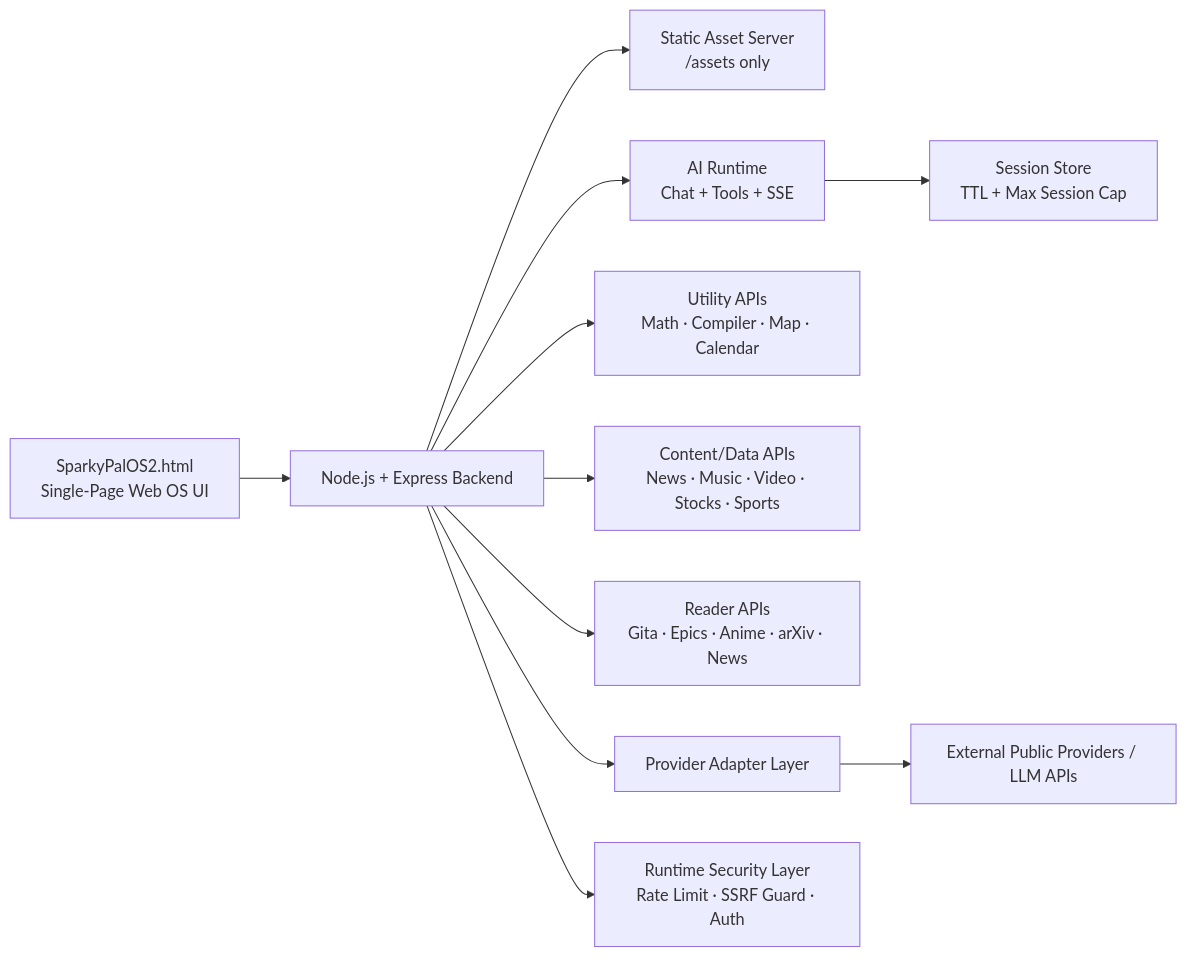
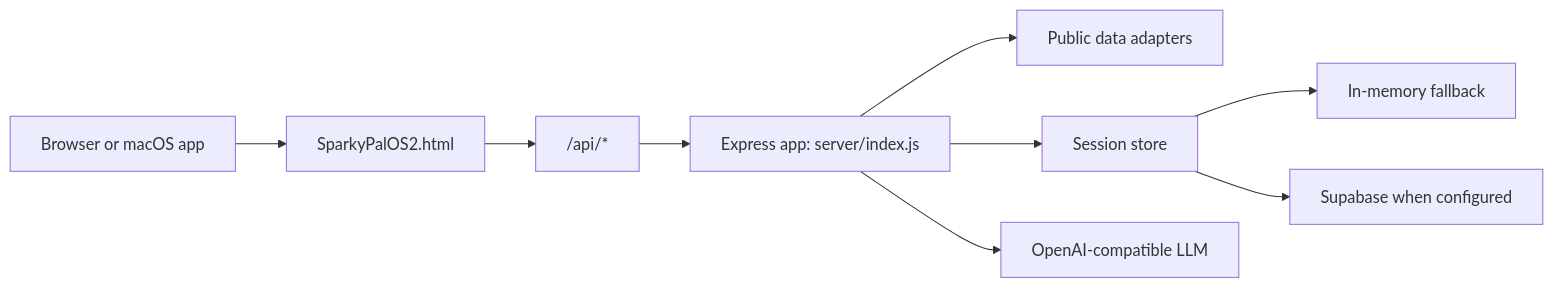
One commit to ShivanshSGuppta/SparkyPalOS changed the diagram in README.md. Above: the diagram before and after it, drawn with Mermaid. The commit also changed other lines of this file and 32 other files, not shown here.

Commit message:
Release SparkyPalOS launcher build

````diff
--- a/README.md
+++ b/README.md
@@ -172,16 +37,11 @@
 ```mermaid
 flowchart LR
-    UI["SparkyPalOS2.html<br/>Single-Page Web OS UI"] --> API["Node.js + Express Backend"]
-
-    API --> STATIC["Static Asset Server<br/>/assets only"]
-    API --> AI["AI Runtime<br/>Chat + Tools + SSE"]
-    API --> TOOLS["Utility APIs<br/>Math · Compiler · Map · Calendar"]
-    API --> CONTENT["Content/Data APIs<br/>News · Music · Video · Stocks · Sports"]
-    API --> READERS["Reader APIs<br/>Gita · Epics · Anime · arXiv · News"]
-    API --> PROVIDERS["Provider Adapter Layer"]
-
-    PROVIDERS --> UPSTREAM["External Public Providers / LLM APIs"]
-
-    AI --> SESSION["Session Store<br/>TTL + Max Session Cap"]
-    API --> SECURITY["Runtime Security Layer<br/>Rate Limit · SSRF Guard · Auth"]
+    User["Browser or macOS app"] --> UI["SparkyPalOS2.html"]
+    UI --> API["/api/*"]
+    API --> Express["Express app: server/index.js"]
+    Express --> Adapters["Public data adapters"]
+    Express --> Sessions["Session store"]
+    Sessions --> Memory["In-memory fallback"]
+    Sessions --> Supabase["Supabase when configured"]
+    Express --> LLM["OpenAI-compatible LLM"]
 ```
````
